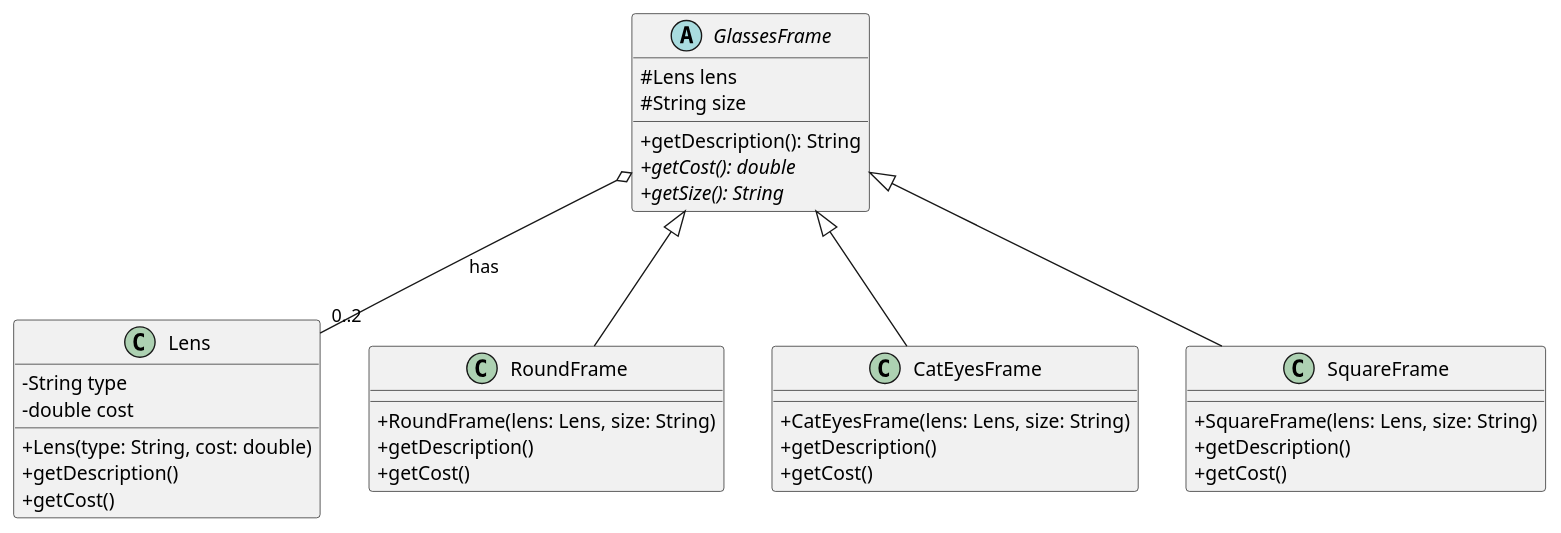
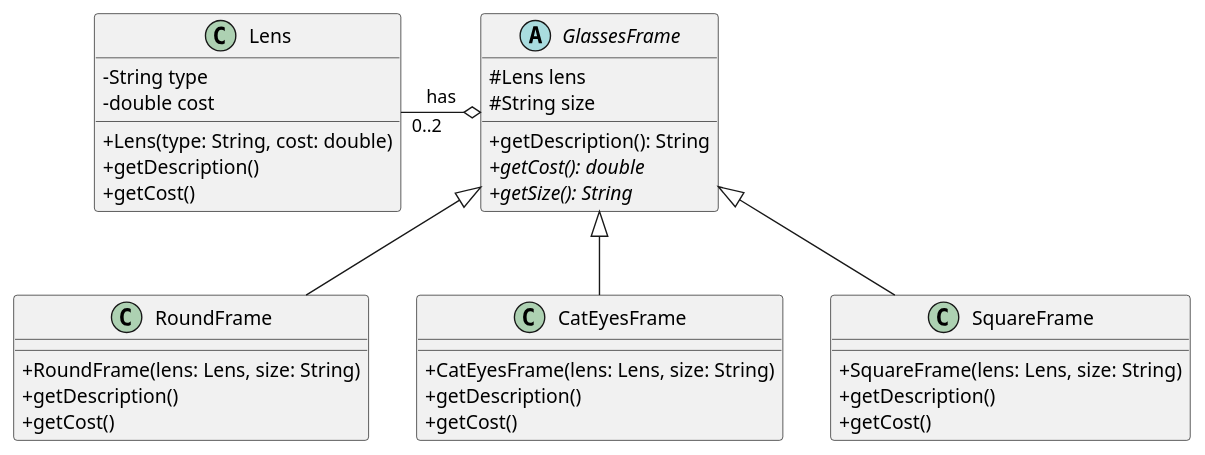
Before and after one commit to skadiri94/SoftwareDesignPattern: the diagram in src/Decorator/Glasses/InitialDesign.puml, drawn with PlantUML. The commit also changed 1 other file, not shown here.

Commit message:
Request for Extension to the GlassesFrame Example for Decorator Initial Designe.

```diff
--- a/src/Decorator/Glasses/InitialDesign.puml
+++ b/src/Decorator/Glasses/InitialDesign.puml
@@ -1,50 +1,50 @@
 @startuml
 skinparam classAttributeIconSize 0
 
 abstract class GlassesFrame {
 #Lens lens
 #String size
 
 +getDescription(): String
 {abstract} +getCost(): double
 {abstract} +getSize(): String
 
 
 }
 class Lens {
 -String type
 -double cost
 + Lens(type: String, cost: double)
 + getDescription()
 +getCost()
 
 }
 
 class RoundFrame {
 +RoundFrame(lens: Lens, size: String)
 + getDescription()
 +getCost()
 }
 
 class CatEyesFrame {
 +CatEyesFrame(lens: Lens, size: String)
 + getDescription()
 +getCost()
 }
 
 class SquareFrame {
 +SquareFrame(lens: Lens, size: String)
 + getDescription()
 +getCost()
 }
-GlassesFrame o--"0..2" Lens : has
+GlassesFrame o--left"0..2" Lens : has
 
 GlassesFrame <|-- SquareFrame
 GlassesFrame <|-- RoundFrame
 GlassesFrame <|-- CatEyesFrame
 
 
 
 
 
 @enduml
```
